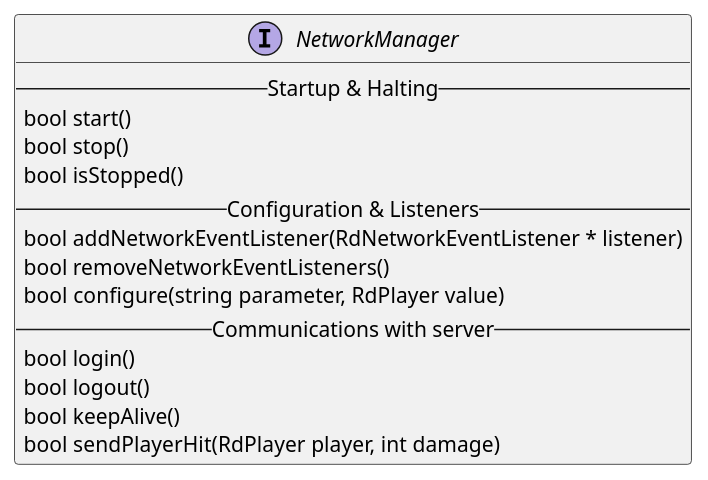
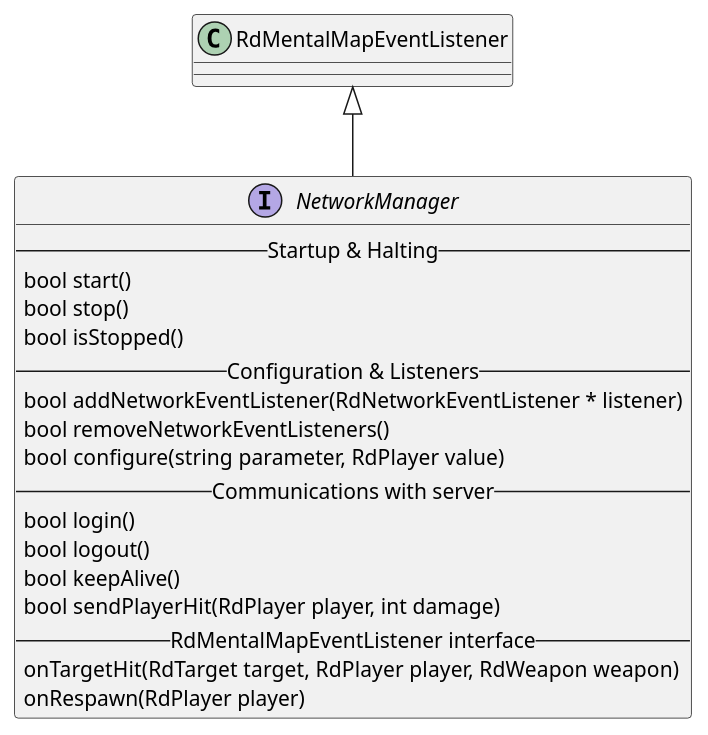
One commit to asrob-uc3m/robotDevastation-developer-manual changed the diagram in en/network-manager.md. Above: the diagram before and after it, drawn with PlantUML. The commit also changed other lines of this file, not shown here.

First line of the commit message:
Updates en/network-manager.md

```diff
--- a/en/network-manager.md
+++ b/en/network-manager.md
@@ -4,17 +4,24 @@
 {% plantuml %}
 interface NetworkManager {
 --Startup & Halting--
 bool start()
 bool stop()
 bool isStopped()
 -- Configuration & Listeners --
 bool addNetworkEventListener(RdNetworkEventListener * listener)
 bool removeNetworkEventListeners()
 bool configure(string parameter, RdPlayer value)
 -- Communications with server --
 bool login()
 bool logout()
 bool keepAlive()
 bool sendPlayerHit(RdPlayer player, int damage)
+-- RdMentalMapEventListener interface --
+onTargetHit(RdTarget target, RdPlayer player, RdWeapon weapon)
+onRespawn(RdPlayer player)
 }
+
+RdMentalMapEventListener <|-- NetworkManager
+
+
 {% endplantuml %}
```
